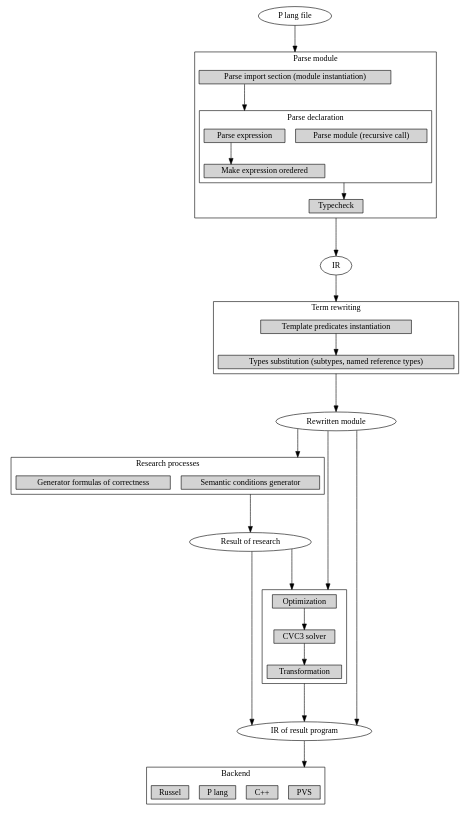
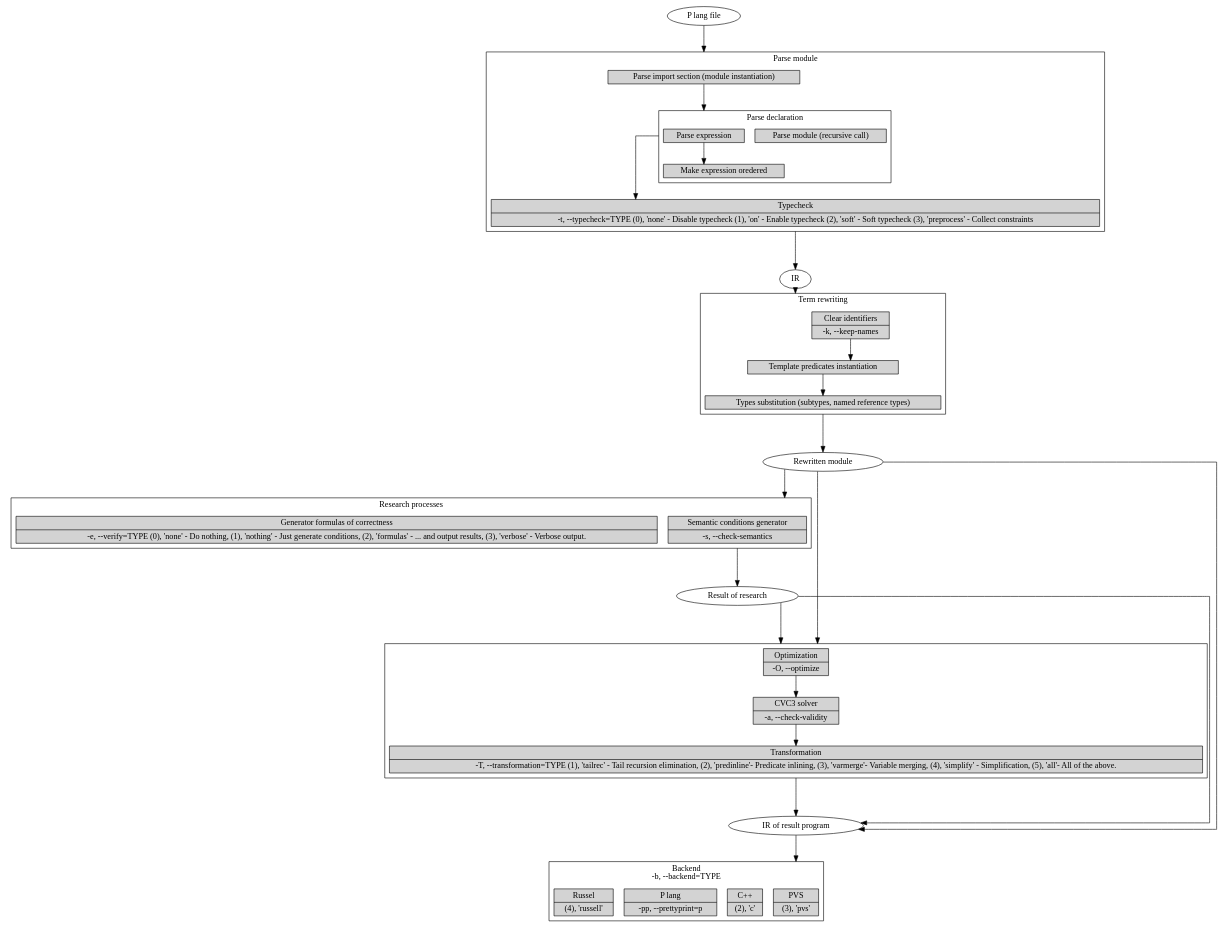
The diagram in doc/plang.dot (dyp/plang2), drawn with Graphviz before and after one commit.

Commit message:
Add clearing identifiers and options to diagram.

```diff
--- a/doc/plang.dot
+++ b/doc/plang.dot
@@ -1,94 +1,124 @@
 digraph G {
     node [ shape = record, height = .1 ];
     compound=true;
     splines = "ortho";
 
     start [ label = "P lang file", shape = "ellipse" ]
 
     subgraph cluster0 {
         node [ style = filled ];
         label = "Parse module"
 
         parse_import [ label = "Parse import section (module instantiation)" ]
 
         subgraph cluster1 {
             label = "Parse declaration"
 
             recursive [ label = "Parse module (recursive call)" ]
             parse_expr [ label = "Parse expression"]
             sort_expr [ label = "Make expression oredered"]
 
             parse_expr -> sort_expr
         }
 
         parse_import -> parse_expr [ lhead = cluster1, minlen = 2 ]
 
-        typecheck [ label = "Typecheck"]
+        typecheck [ shape = record,
+            label = "{ Typecheck
+                | -t, --typecheck=TYPE
+                    (0), 'none' - Disable typecheck
+                    (1), 'on' - Enable typecheck
+                    (2), 'soft' - Soft typecheck
+                    (3), 'preprocess' - Collect constraints }"]
 
         parse_expr -> typecheck [ ltail = cluster1, minlen = 2 ]
     }
 
     start -> parse_import [ lhead = cluster0, minlen = 2 ]
 
     ir [ label = "IR", shape = "ellipse" ]
 
     typecheck -> ir [ ltail = cluster0, minlen = 2 ]
 
     subgraph cluster2 {
         node [ style = filled ];
         label = "Term rewriting"
 
+        clear_identifiers [ shape = record,
+            label = "{ Clear identifiers | -k, --keep-names}" ]
+
         predicates_inst [ label = "Template predicates instantiation" ]
         types_subst [ label = "Types substitution (subtypes, named reference types)" ]
 
+        clear_identifiers -> predicates_inst
         predicates_inst -> types_subst
     }
 
     module [ label = "Rewritten module", shape = "ellipse" ]
 
     ir -> predicates_inst [ lhead = cluster2, minlen = 2 ]
     types_subst -> module [ ltail = cluster2, minlen = 2 ]
 
     subgraph cluster3 {
         node [ style = filled ];
         label = "Research processes"
 
-        semantics [label = "Semantic conditions generator"]
-        verif [ label = "Generator formulas of correctness" ]
+        semantics [ shape = record,
+            label = "{ Semantic conditions generator | -s, --check-semantics }" ]
+
+        verif [ shape = record,
+            label = "{ Generator formulas of correctness
+                | -e, --verify=TYPE
+                (0), 'none' - Do nothing,
+                (1), 'nothing' - Just generate conditions,
+                (2), 'formulas' - ... and output results,
+                (3), 'verbose' - Verbose output.}" ]
     }
 
     module -> semantics [ lhead = cluster3, minlen = 2 ]
 
     result_res [ label = "Result of research", shape = "ellipse" ]
     semantics -> result_res [ ltail = cluster3, minlen = 2 ]
 
     subgraph cluster4 {
         node [ style = filled ];
-        trans [ label = "Transformation" ]
-        optim [ label = "Optimization" ]
-        cvc3 [ label = "CVC3 solver" ]
+
+        trans [ shape = record,
+            label = "{ Transformation
+                | -T, --transformation=TYPE
+                    (1), 'tailrec' - Tail recursion elimination,
+                    (2), 'predinline'- Predicate inlining,
+                    (3), 'varmerge'- Variable merging,
+                    (4), 'simplify' - Simplification,
+                    (5), 'all'- All of the above. }" ]
+
+        optim [ shape = record,
+            label = "{ Optimization | -O, --optimize }" ]
+
+        cvc3 [ shape = record,
+            label = "{ CVC3 solver | -a, --check-validity}" ]
 
         optim -> cvc3 -> trans
     }
 
     subgraph cluster5 {
         node [ style = filled ];
-        label = "Backend"
+        label = "Backend \n -b, --backend=TYPE"
 
-        pvs [ label = "PVS" ]
-        cpp [ label = "C++" ]
-        plang [ label = "P lang" ]
-        russel [ label = "Russel" ]
+        pvs [ label = "{ PVS | (3), 'pvs'}" ]
+        cpp [ label = "{ C++ | (2), 'c' }" ]
+        plang [ label = "{ P lang | -pp, --prettyprint=p }" ]
+        russel [ label = "{ Russel | (4), 'russell' }" ]
     }
 
     module -> optim [ lhead = cluster4, minlen = 2 ]
     result_res -> optim [ lhead = cluster4, minlen = 2 ]
 
     result [ label = "IR of result program", shape = "ellipse" ]
 
     module -> result
     result_res -> result
     trans -> result [ ltail = cluster4, minlen = 2 ]
 
     result -> pvs [ lhead = cluster5, minlen = 2 ]
 }
```
